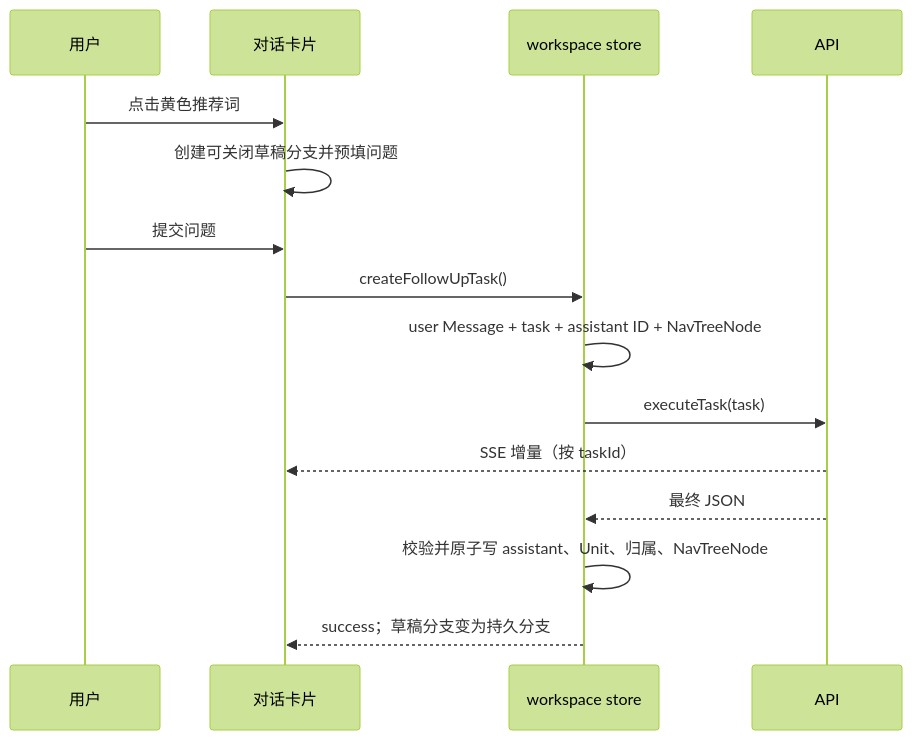
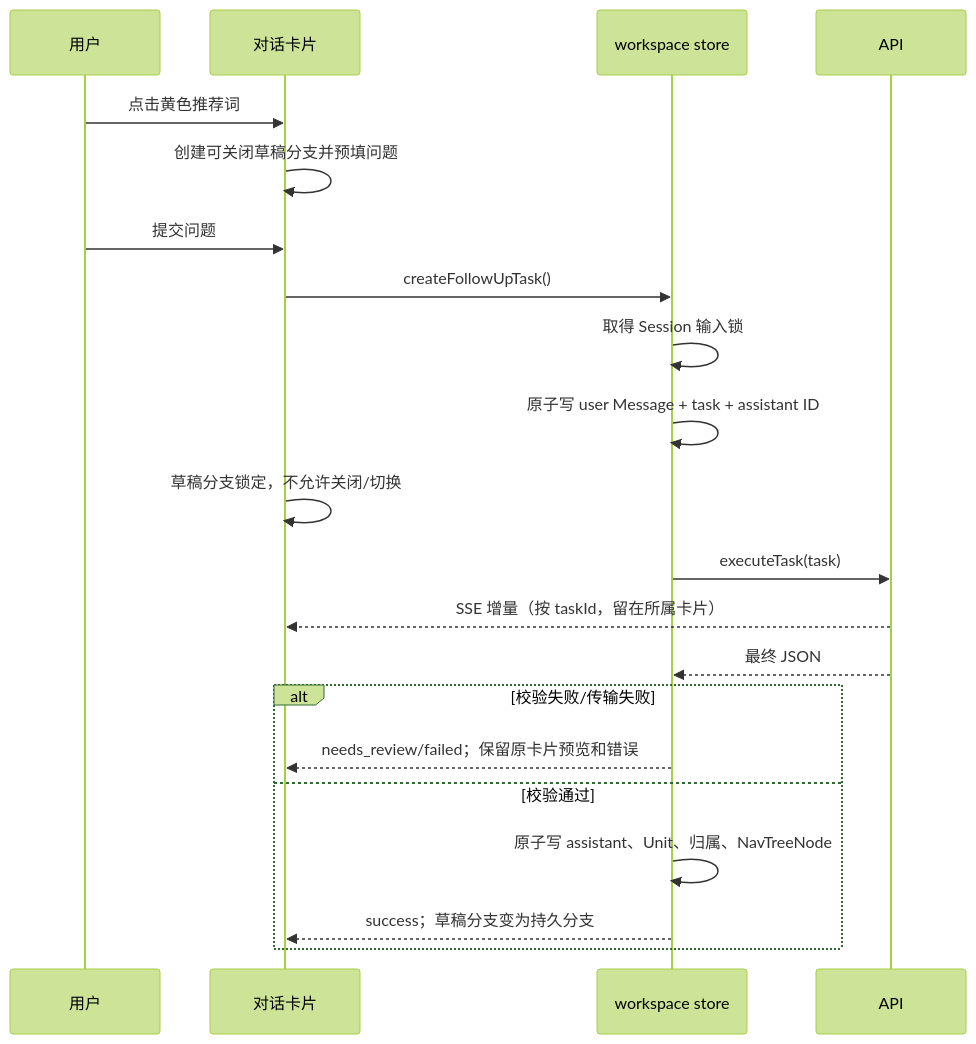
The fourth of 4 diagrams in docs/conversation-state-audit.md (Micraow/nexus), drawn with Mermaid (forest theme) before and after one commit. The commit also changed other lines of this file and 3 other files, not shown here.

````diff
--- a/docs/conversation-state-audit.md
+++ b/docs/conversation-state-audit.md
@@ -77,17 +117,23 @@
 ```mermaid
 sequenceDiagram
   participant User as 用户
   participant UI as 对话卡片
   participant Store as workspace store
   participant Provider as API
   User->>UI: 点击黄色推荐词
   UI->>UI: 创建可关闭草稿分支并预填问题
   User->>UI: 提交问题
   UI->>Store: createFollowUpTask()
-  Store->>Store: user Message + task + assistant ID + NavTreeNode
+  Store->>Store: 取得 Session 输入锁
+  Store->>Store: 原子写 user Message + task + assistant ID
+  UI->>UI: 草稿分支锁定，不允许关闭/切换
   Store->>Provider: executeTask(task)
-  Provider-->>UI: SSE 增量（按 taskId）
+  Provider-->>UI: SSE 增量（按 taskId，留在所属卡片）
   Provider-->>Store: 最终 JSON
-  Store->>Store: 校验并原子写 assistant、Unit、归属、NavTreeNode
-  Store-->>UI: success；草稿分支变为持久分支
+  alt 校验失败/传输失败
+    Store-->>UI: needs_review/failed；保留原卡片预览和错误
+  else 校验通过
+    Store->>Store: 原子写 assistant、Unit、归属、NavTreeNode
+    Store-->>UI: success；草稿分支变为持久分支
+  end
 ```
````
